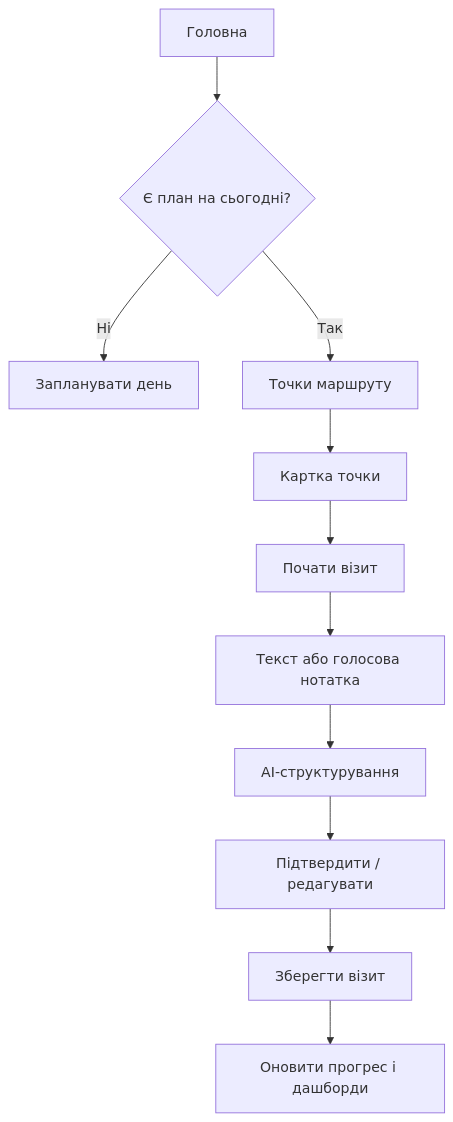
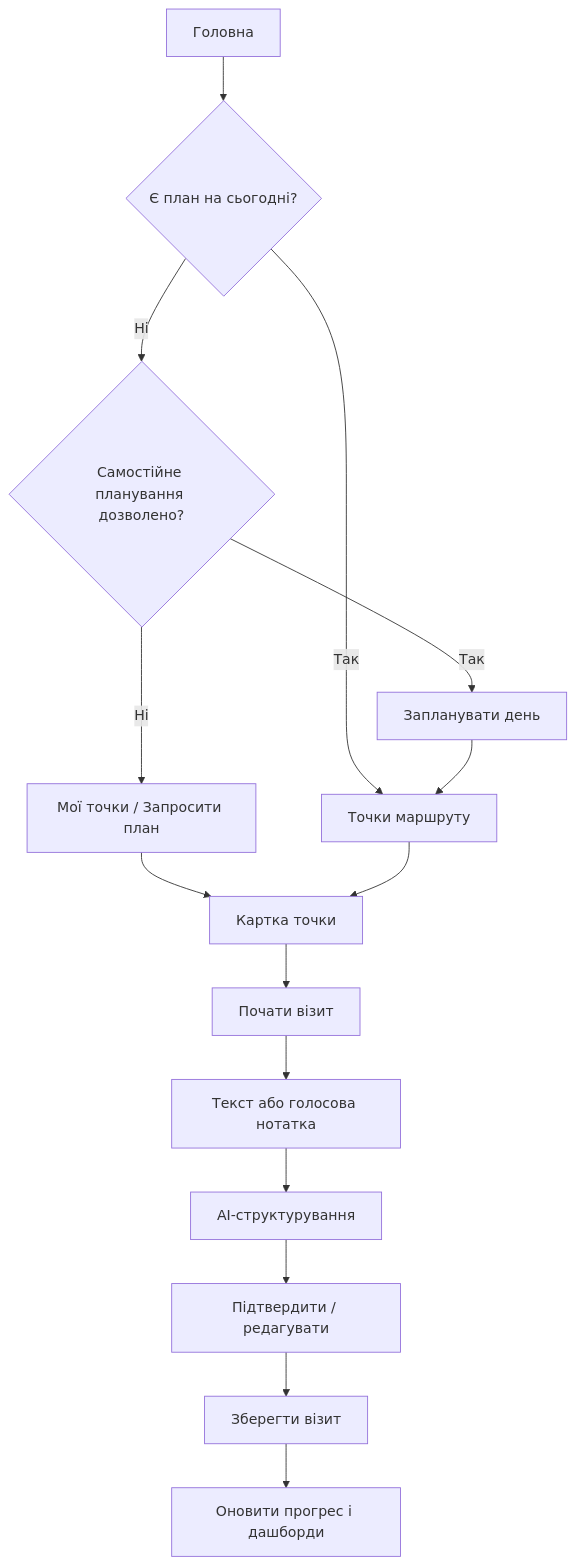
Before and after one commit to IhorKiy/VIZITUM: the fourth of 7 diagrams in docs/vizitum-user-flows-horizontal-partition.md, drawn with Mermaid. The commit also changed other lines of this file and 1 other file, not shown here.

Commit message:
Clarify self-planning empty states and user flow

````diff
--- a/docs/vizitum-user-flows-horizontal-partition.md
+++ b/docs/vizitum-user-flows-horizontal-partition.md
@@ -480,13 +482,17 @@
 ```mermaid
 flowchart TD
   Home["Головна"] --> HasRoute{"Є план на сьогодні?"}
-  HasRoute -- Ні --> PlanDay["Запланувати день"]
+  HasRoute -- Ні --> SelfPlanning{"Самостійне планування дозволено?"}
+  SelfPlanning -- Так --> PlanDay["Запланувати день"]
+  SelfPlanning -- Ні --> OwnLocations["Мої точки / Запросити план"]
   HasRoute -- Так --> RouteStops["Точки маршруту"]
+  PlanDay --> RouteStops
+  OwnLocations --> Location
   RouteStops --> Location["Картка точки"]
   Location --> StartVisit["Почати візит"]
   StartVisit --> Note["Текст або голосова нотатка"]
   Note --> AI["AI-структурування"]
   AI --> Confirm["Підтвердити / редагувати"]
   Confirm --> Save["Зберегти візит"]
   Save --> Dashboard["Оновити прогрес і дашборди"]
 ```
````
